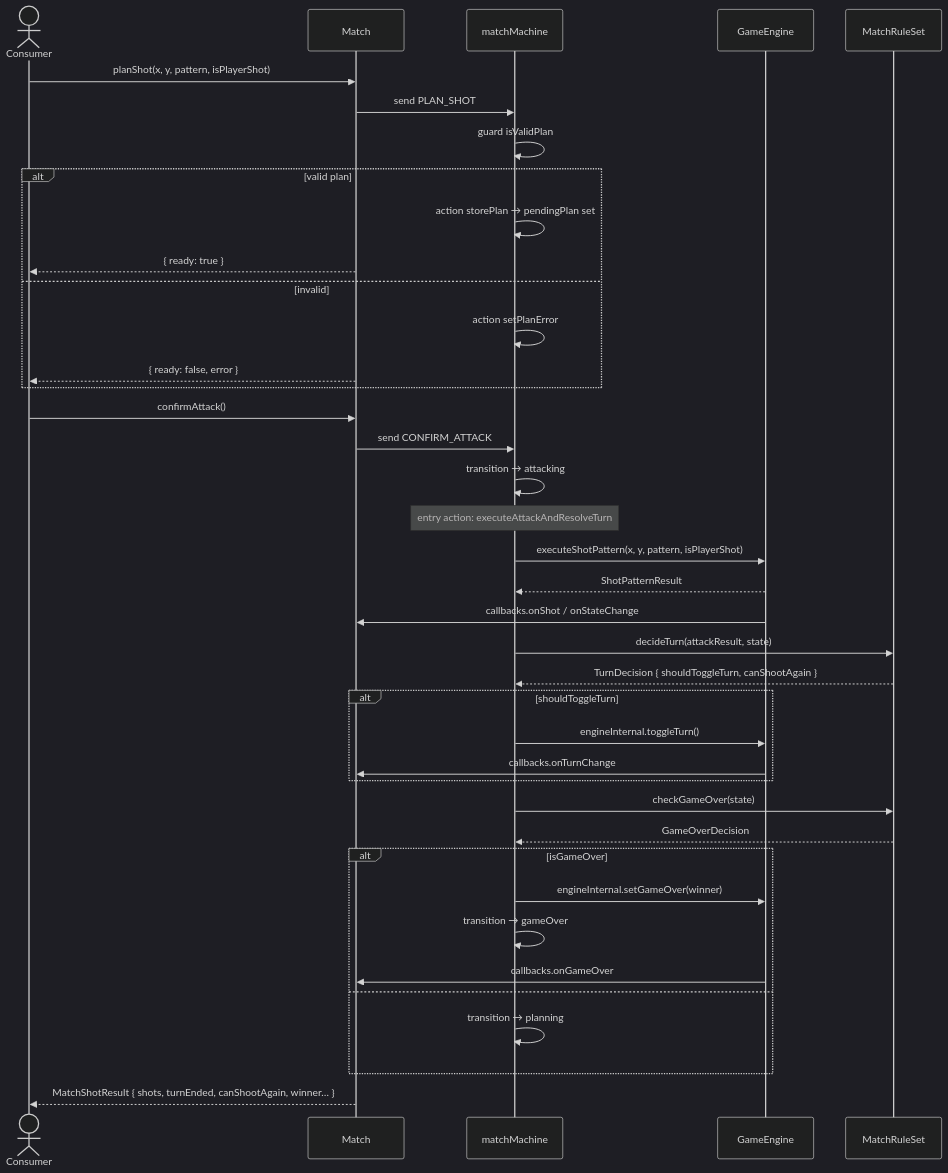
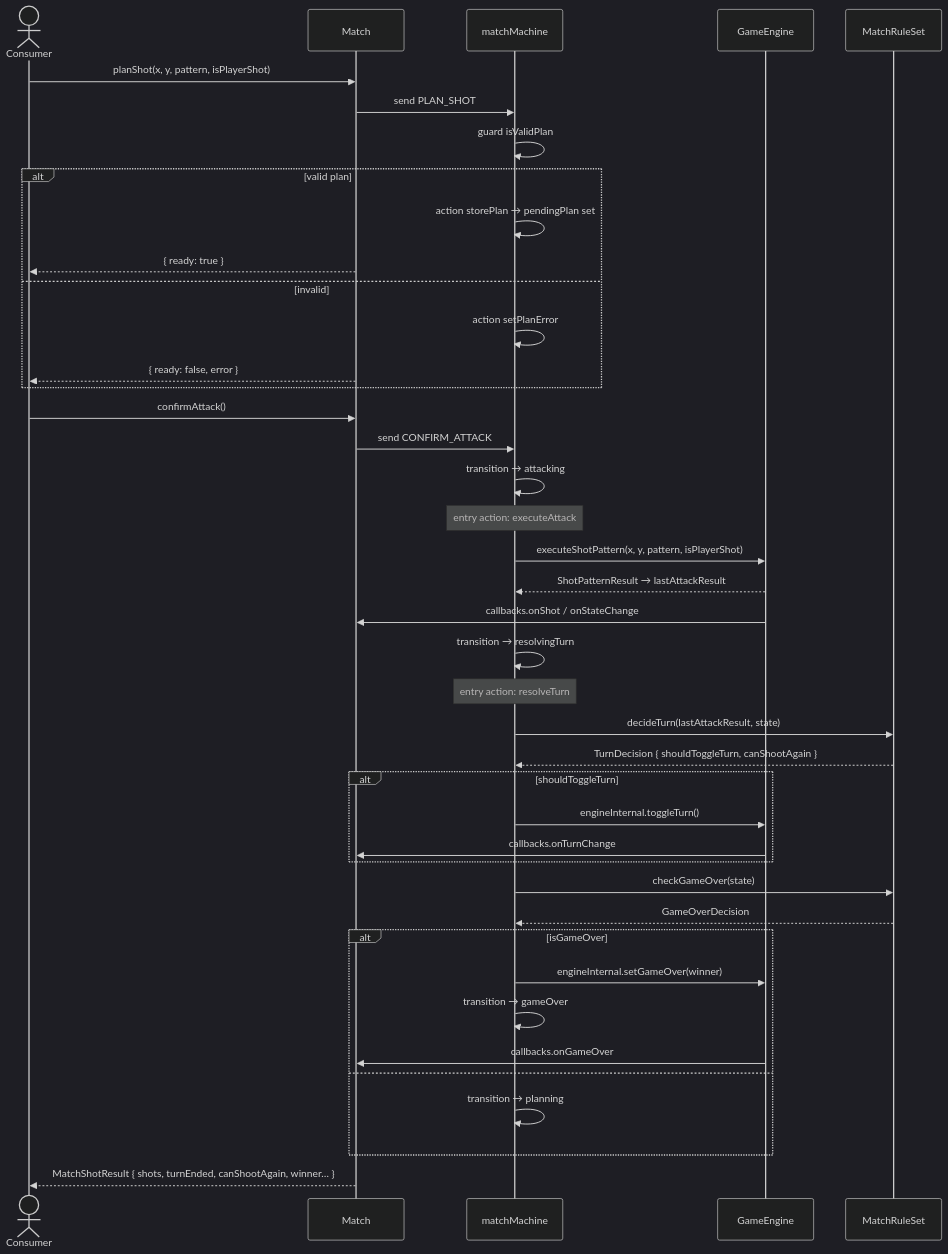
One commit to alexsantos-eth/armada-engine changed the third of 9 diagrams in docs/core-architecture.md. Above: the diagram before and after it, drawn with Mermaid (dark theme). The commit also changed other lines of this file and 5 other files, not shown here.

````diff
--- a/docs/core-architecture.md
+++ b/docs/core-architecture.md
@@ -92,51 +95,55 @@
 ```mermaid
 sequenceDiagram
     actor Consumer
     participant Match
     participant matchMachine
     participant GameEngine
     participant MatchRuleSet
 
     Consumer->>Match: planShot(x, y, pattern, isPlayerShot)
     Match->>matchMachine: send PLAN_SHOT
     matchMachine->>matchMachine: guard isValidPlan
     alt valid plan
         matchMachine->>matchMachine: action storePlan → pendingPlan set
         Match-->>Consumer: { ready: true }
     else invalid
         matchMachine->>matchMachine: action setPlanError
         Match-->>Consumer: { ready: false, error }
     end
 
     Consumer->>Match: confirmAttack()
     Match->>matchMachine: send CONFIRM_ATTACK
     matchMachine->>matchMachine: transition → attacking
 
-    Note over matchMachine: entry action: executeAttackAndResolveTurn
+    Note over matchMachine: entry action: executeAttack
 
     matchMachine->>GameEngine: executeShotPattern(x, y, pattern, isPlayerShot)
-    GameEngine-->>matchMachine: ShotPatternResult
+    GameEngine-->>matchMachine: ShotPatternResult → lastAttackResult
 
     GameEngine->>Match: callbacks.onShot / onStateChange
 
-    matchMachine->>MatchRuleSet: decideTurn(attackResult, state)
+    matchMachine->>matchMachine: transition → resolvingTurn
+
+    Note over matchMachine: entry action: resolveTurn
+
+    matchMachine->>MatchRuleSet: decideTurn(lastAttackResult, state)
     MatchRuleSet-->>matchMachine: TurnDecision { shouldToggleTurn, canShootAgain }
 
     alt shouldToggleTurn
         matchMachine->>GameEngine: engineInternal.toggleTurn()
         GameEngine->>Match: callbacks.onTurnChange
     end
 
     matchMachine->>MatchRuleSet: checkGameOver(state)
     MatchRuleSet-->>matchMachine: GameOverDecision
 
     alt isGameOver
         matchMachine->>GameEngine: engineInternal.setGameOver(winner)
         matchMachine->>matchMachine: transition → gameOver
         GameEngine->>Match: callbacks.onGameOver
     else
         matchMachine->>matchMachine: transition → planning
     end
 
     Match-->>Consumer: MatchShotResult { shots, turnEnded, canShootAgain, winner… }
 ```
````
